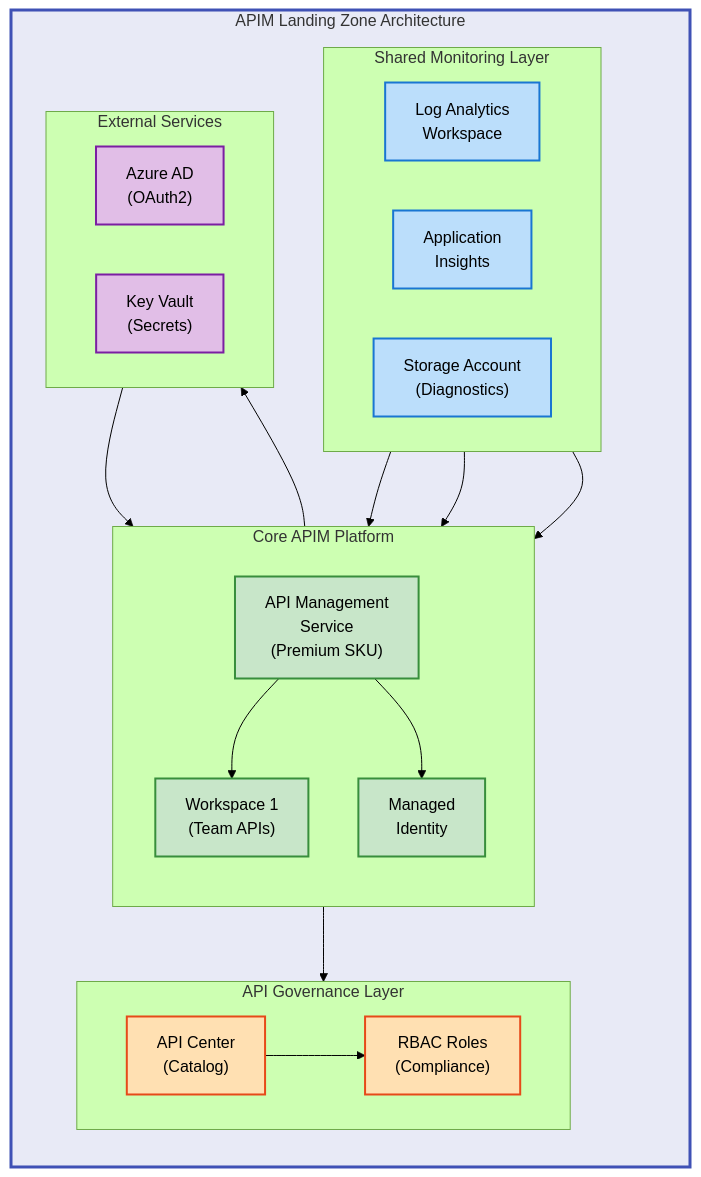
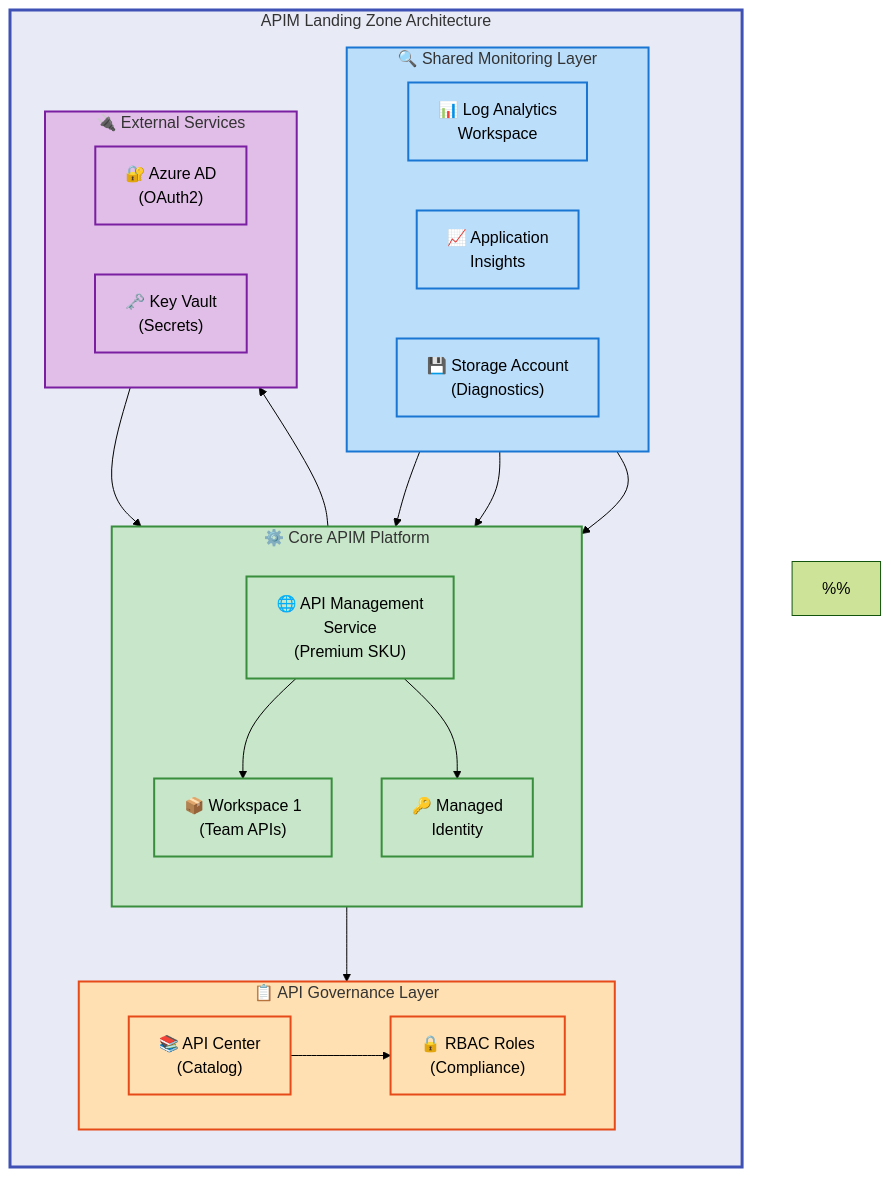
One commit to Evilazaro/APIM-Accelerator changed the diagram in README.md. Above: the diagram before and after it, drawn with Mermaid (forest theme).

Commit message:
Enhance flowchart in README.md with improved color scheme and icons for better visual clarity

````diff
--- a/README.md
+++ b/README.md
@@ -26,53 +26,79 @@
 ```mermaid
 %%{init: {"flowchart": {"htmlLabels": false}} }%%
 flowchart TB
+    %% ============================================
+    %% STANDARD COLOR SCHEME - DO NOT MODIFY
+    %% ============================================
+    %% Main Group Level (Neutral background)
     classDef mainGroup fill:#E8EAF6,stroke:#3F51B5,stroke-width:3px,color:#000
+
+    %% Content Level (Semantic colors for functional differentiation)
     classDef mdBlue fill:#BBDEFB,stroke:#1976D2,stroke-width:2px,color:#000
     classDef mdGreen fill:#C8E6C9,stroke:#388E3C,stroke-width:2px,color:#000
     classDef mdOrange fill:#FFE0B2,stroke:#E64A19,stroke-width:2px,color:#000
     classDef mdPurple fill:#E1BEE7,stroke:#7B1FA2,stroke-width:2px,color:#000
+    classDef mdYellow fill:#FFF9C4,stroke:#F57F17,stroke-width:2px,color:#000
+    %% ============================================
+    %% COLOR SCHEME DOCUMENTATION
+    %% ============================================
+    %% Level 1 (Main Container): Indigo 50 (#E8EAF6)
+    %%   - Used for: Top-level architecture container
+    %%   - Purpose: Visual hierarchy and neutral background
+    %%   - Stroke: Indigo 500 (#3F51B5), 3px
+    %%
+    %% Functional Layers (Semantic Colors):
+    %%   - Monitoring (Blue): Observability infrastructure
+    %%   - Core Platform (Green): Primary APIM services
+    %%   - Governance (Orange): API catalog and compliance
+    %%   - External Services (Purple): Third-party integrations
+    %% ============================================
 
     subgraph landing["APIM Landing Zone Architecture"]
         direction TB
 
-        subgraph shared["Shared Monitoring Layer"]
+        subgraph shared["🔍 Shared Monitoring Layer"]
             direction LR
-            logs["Log Analytics<br/>Workspace"]:::mdBlue
-            insights["Application<br/>Insights"]:::mdBlue
-            storage["Storage Account<br/>(Diagnostics)"]:::mdBlue
+            logs["📊 Log Analytics<br/>Workspace"]:::mdBlue
+            insights["📈 Application<br/>Insights"]:::mdBlue
+            storage["💾 Storage Account<br/>(Diagnostics)"]:::mdBlue
         end
 
-        subgraph core["Core APIM Platform"]
+        subgraph core["⚙️ Core APIM Platform"]
             direction TB
-            apim["API Management<br/>Service<br/>(Premium SKU)"]:::mdGreen
-            ws1["Workspace 1<br/>(Team APIs)"]:::mdGreen
-            identity["Managed<br/>Identity"]:::mdGreen
+            apim["🌐 API Management<br/>Service<br/>(Premium SKU)"]:::mdGreen
+            ws1["📦 Workspace 1<br/>(Team APIs)"]:::mdGreen
+            identity["🔑 Managed<br/>Identity"]:::mdGreen
 
             apim --> ws1
             apim --> identity
         end
 
-        subgraph inventory["API Governance Layer"]
+        subgraph inventory["📋 API Governance Layer"]
             direction LR
-            apicenter["API Center<br/>(Catalog)"]:::mdOrange
-            rbac["RBAC Roles<br/>(Compliance)"]:::mdOrange
+            apicenter["📚 API Center<br/>(Catalog)"]:::mdOrange
+            rbac["🔒 RBAC Roles<br/>(Compliance)"]:::mdOrange
 
             apicenter --> rbac
         end
 
-        subgraph external["External Services"]
+        subgraph external["🔌 External Services"]
             direction LR
-            aad["Azure AD<br/>(OAuth2)"]:::mdPurple
-            keyvault["Key Vault<br/>(Secrets)"]:::mdPurple
+            aad["🔐 Azure AD<br/>(OAuth2)"]:::mdPurple
+            keyvault["🗝️ Key Vault<br/>(Secrets)"]:::mdPurple
         end
 
         logs --> apim
         insights --> apim
         storage --> apim
         apim --> apicenter
         identity --> keyvault
         aad --> apim
     end
 
+    %% Apply styles using style directives (MANDATORY for subgraphs)
     style landing fill:#E8EAF6,stroke:#3F51B5,stroke-width:3px
+    style shared fill:#BBDEFB,stroke:#1976D2,stroke-width:2px
+    style core fill:#C8E6C9,stroke:#388E3C,stroke-width:2px
+    style inventory fill:#FFE0B2,stroke:#E64A19,stroke-width:2px
+    style external fill:#E1BEE7,stroke:#7B1FA2,stroke-width:2px
 ```
````
